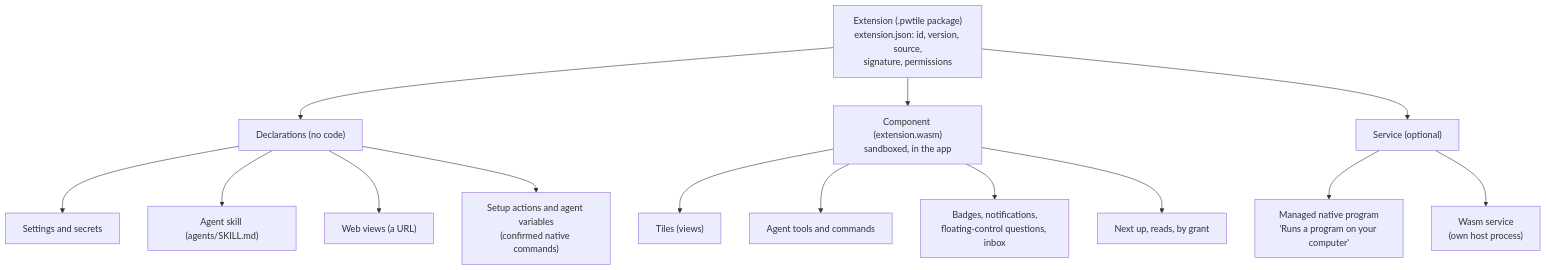
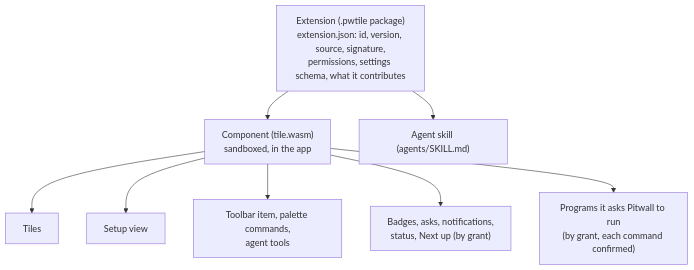
Before and after one commit to AleksandreJavakhishvili/pitwall: the diagram in docs/spec/tile-sdk/extension-model.md, drawn with Mermaid. The commit also changed other lines of this file and 12 other files, not shown here.

````diff
--- a/docs/spec/tile-sdk/extension-model.md
+++ b/docs/spec/tile-sdk/extension-model.md
@@ -55,17 +51,11 @@
 ```mermaid
 flowchart TB
-  E["Extension (.pwtile package)<br/>extension.json: id, version, source,<br/>signature, permissions"]
-  E --> D["Declarations (no code)"]
-  E --> C["Component (extension.wasm)<br/>sandboxed, in the app"]
-  E --> S["Service (optional)"]
-  D --> D1["Settings and secrets"]
-  D --> D2["Agent skill (agents/SKILL.md)"]
-  D --> D3["Web views (a URL)"]
-  D --> D4["Setup actions and agent variables<br/>(confirmed native commands)"]
-  C --> C1["Tiles (views)"]
-  C --> C2["Agent tools and commands"]
-  C --> C3["Badges, notifications,<br/>floating-control questions, inbox"]
-  C --> C4["Next up, reads, by grant"]
-  S --> S1["Managed native program<br/>'Runs a program on your computer'"]
-  S --> S2["Wasm service<br/>(own host process)"]
+  E["Extension (.pwtile package)<br/>extension.json: id, version, source, signature,<br/>permissions, settings schema, what it contributes"]
+  E --> C["Component (tile.wasm)<br/>sandboxed, in the app"]
+  E --> K["Agent skill (agents/SKILL.md)"]
+  C --> C1["Tiles"]
+  C --> C2["Setup view"]
+  C --> C3["Toolbar item, palette commands,<br/>agent tools"]
+  C --> C4["Badges, asks, notifications,<br/>status, Next up (by grant)"]
+  C --> C5["Programs it asks Pitwall to run<br/>(by grant, each command confirmed)"]
 ```
````
